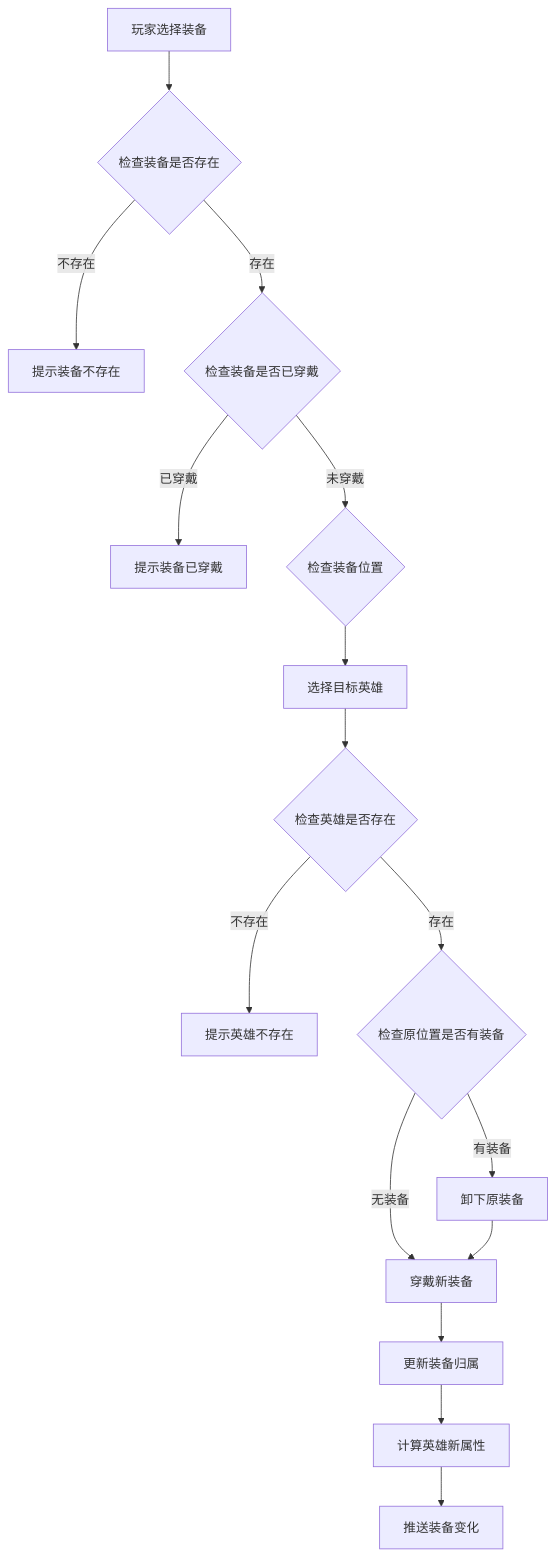
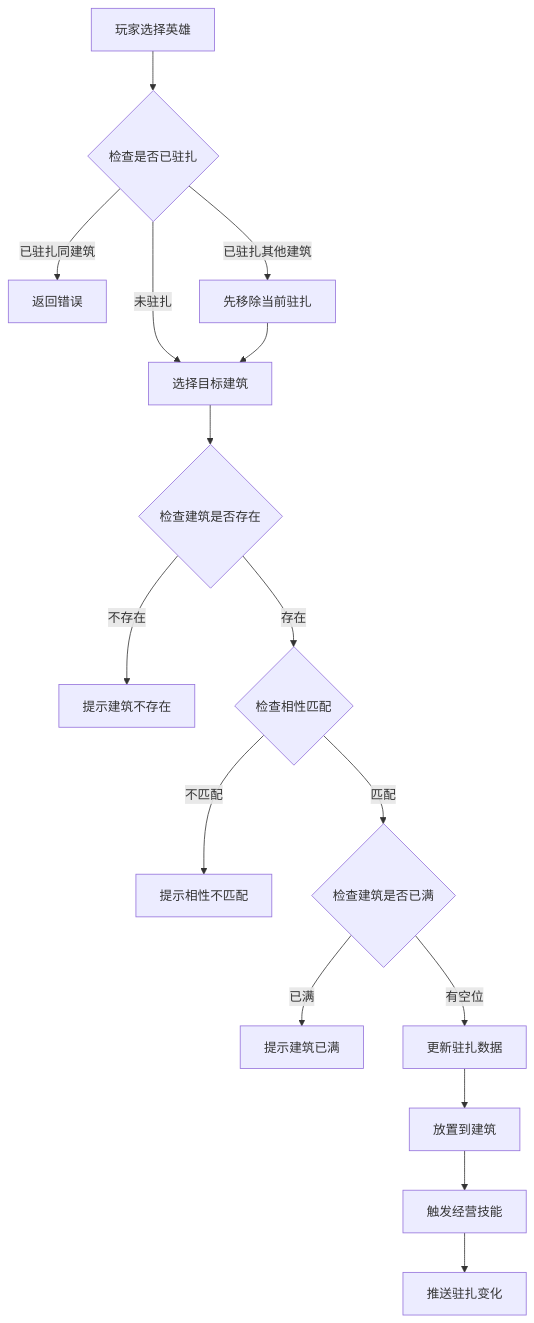
The fifth of 7 diagrams in docs/Module_Hero/05_完整说明.md (Alan-Ben/k2c_game_framework), drawn with Mermaid before and after one commit. The commit also changed other lines of this file and 75 other files, not shown here.

````diff
--- a/docs/Module_Hero/05_完整说明.md
+++ b/docs/Module_Hero/05_完整说明.md
@@ -205,18 +239,18 @@
 ```mermaid
 flowchart TD
-    A[玩家选择装备] --> B{检查装备是否存在}
-    B -->|不存在| C[提示装备不存在]
-    B -->|存在| D{检查装备是否已穿戴}
-    D -->|已穿戴| E[提示装备已穿戴]
-    D -->|未穿戴| F{检查装备位置}
-    F --> G[选择目标英雄]
-    G --> H{检查英雄是否存在}
-    H -->|不存在| I[提示英雄不存在]
-    H -->|存在| J{检查原位置是否有装备}
-    J -->|有装备| K[卸下原装备]
-    J -->|无装备| L[穿戴新装备]
-    K --> L
-    L --> M[更新装备归属]
-    M --> N[计算英雄新属性]
-    N --> O[推送装备变化]
+    A[玩家选择英雄] --> B{检查是否已驻扎}
+    B -->|已驻扎同建筑| C[返回错误]
+    B -->|已驻扎其他建筑| D[先移除当前驻扎]
+    B -->|未驻扎| E[选择目标建筑]
+    D --> E
+    E --> F{检查建筑是否存在}
+    F -->|不存在| G[提示建筑不存在]
+    F -->|存在| H{检查相性匹配}
+    H -->|不匹配| I[提示相性不匹配]
+    H -->|匹配| J{检查建筑是否已满}
+    J -->|已满| K[提示建筑已满]
+    J -->|有空位| L[更新驻扎数据]
+    L --> M[放置到建筑]
+    M --> N[触发经营技能]
+    N --> O[推送驻扎变化]
 ```
````
